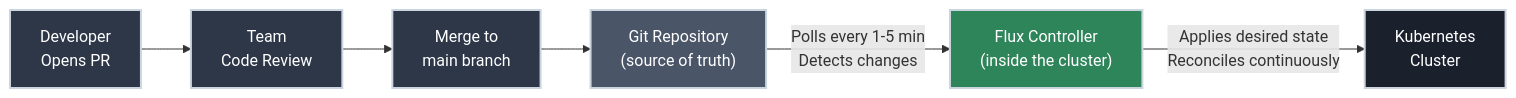
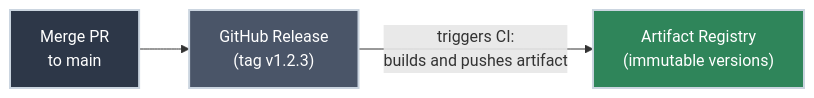
The first of 3 diagrams in docs/day_one/what_is_gitops.md (bradpenney/exploring_gitops), drawn with Mermaid before and after one commit. The commit also changed other lines of this file and 12 other files, not shown here.

````diff
--- a/docs/day_one/what_is_gitops.md
+++ b/docs/day_one/what_is_gitops.md
@@ -84,22 +84,13 @@
 ```mermaid
 flowchart LR
-    Dev["Developer\nOpens PR"]
-    Review["Team\nCode Review"]
-    Merge["Merge to\nmain branch"]
-    Git["Git Repository\n(source of truth)"]
-    Flux["Flux Controller\n(inside the cluster)"]
-    Cluster["Kubernetes\nCluster"]
+    Merge["Merge PR<br/>to main"]
+    Release["GitHub Release<br/>(tag v1.2.3)"]
+    Registry["Artifact Registry<br/>(immutable versions)"]
 
-    Dev --> Review
-    Review --> Merge
-    Merge --> Git
-    Git -->|"Polls every 1-5 min\nDetects changes"| Flux
-    Flux -->|"Applies desired state\nReconciles continuously"| Cluster
+    Merge --> Release
+    Release -->|"triggers CI:<br/>builds and pushes artifact"| Registry
 
-    style Dev fill:#2d3748,stroke:#cbd5e0,stroke-width:2px,color:#fff
-    style Review fill:#2d3748,stroke:#cbd5e0,stroke-width:2px,color:#fff
     style Merge fill:#2d3748,stroke:#cbd5e0,stroke-width:2px,color:#fff
-    style Git fill:#4a5568,stroke:#cbd5e0,stroke-width:2px,color:#fff
-    style Flux fill:#2f855a,stroke:#cbd5e0,stroke-width:2px,color:#fff
-    style Cluster fill:#1a202c,stroke:#cbd5e0,stroke-width:2px,color:#fff
+    style Release fill:#4a5568,stroke:#cbd5e0,stroke-width:2px,color:#fff
+    style Registry fill:#2f855a,stroke:#cbd5e0,stroke-width:2px,color:#fff
 ```
````
